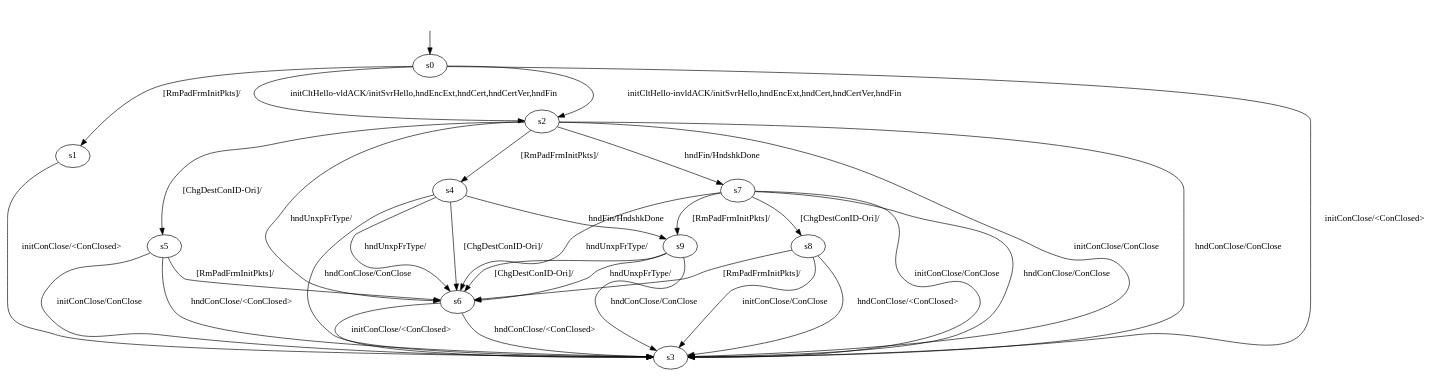
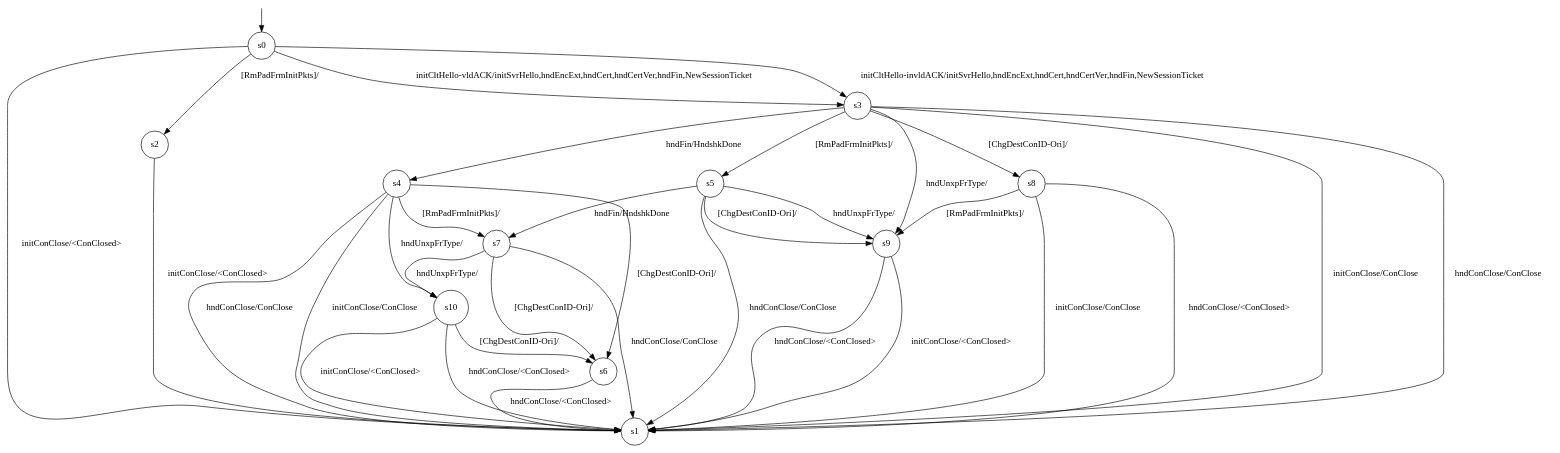
One commit to QUICTester/QUICTester changed the diagram in results/pquicModels/CS-temporal/pquic-B-0/optimisedLearnedModel.dot. Above: the diagram before and after it, drawn with Graphviz. The commit also changed 59 other files, not shown here.

```diff
--- a/results/pquicModels/CS-temporal/pquic-B-0/optimisedLearnedModel.dot
+++ b/results/pquicModels/CS-temporal/pquic-B-0/optimisedLearnedModel.dot
@@ -1,45 +1,50 @@
-digraph "../results/pquicModels/pquic-B-CS-0/learnedModel" {
-s0 [label=s0];
-s1 [label=s1];
-s2 [label=s2];
-s3 [label=s3];
-s4 [label=s4];
-s5 [label=s5];
-s6 [label=s6];
-s7 [label=s7];
-s8 [label=s8];
-s9 [label=s9];
-s0 -> s3  [label="initConClose/<ConClosed> "];
-s0 -> s2  [label="initCltHello-vldACK/initSvrHello,hndEncExt,hndCert,hndCertVer,hndFin "];
-s0 -> s2  [label="initCltHello-invldACK/initSvrHello,hndEncExt,hndCert,hndCertVer,hndFin "];
-s0 -> s1  [label="[RmPadFrmInitPkts]/ "];
-s1 -> s3  [label="initConClose/<ConClosed> "];
-s2 -> s3  [label="initConClose/ConClose "];
-s2 -> s7  [label="hndFin/HndshkDone "];
-s2 -> s3  [label="hndConClose/ConClose "];
-s2 -> s6  [label="hndUnxpFrType/ "];
-s2 -> s5  [label="[ChgDestConID-Ori]/ "];
-s2 -> s4  [label="[RmPadFrmInitPkts]/ "];
-s4 -> s9  [label="hndFin/HndshkDone "];
-s4 -> s3  [label="hndConClose/ConClose "];
-s4 -> s6  [label="hndUnxpFrType/ "];
-s4 -> s6  [label="[ChgDestConID-Ori]/ "];
-s5 -> s3  [label="initConClose/ConClose "];
-s5 -> s3  [label="hndConClose/<ConClosed> "];
-s5 -> s6  [label="[RmPadFrmInitPkts]/ "];
-s6 -> s3  [label="initConClose/<ConClosed> "];
-s6 -> s3  [label="hndConClose/<ConClosed> "];
-s7 -> s3  [label="initConClose/ConClose "];
-s7 -> s3  [label="hndConClose/ConClose "];
-s7 -> s6  [label="hndUnxpFrType/ "];
-s7 -> s8  [label="[ChgDestConID-Ori]/ "];
-s7 -> s9  [label="[RmPadFrmInitPkts]/ "];
-s8 -> s3  [label="initConClose/ConClose "];
-s8 -> s3  [label="hndConClose/<ConClosed> "];
-s8 -> s6  [label="[RmPadFrmInitPkts]/ "];
-s9 -> s3  [label="hndConClose/ConClose "];
-s9 -> s6  [label="hndUnxpFrType/ "];
-s9 -> s6  [label="[ChgDestConID-Ori]/ "];
-__start0 [label="", shape=none];
-__start0 -> s0  [label=""];
+digraph g {
+
+s0 [shape="circle" label="s0"];
+s1 [shape="circle" label="s1"];
+s2 [shape="circle" label="s2"];
+s3 [shape="circle" label="s3"];
+s4 [shape="circle" label="s4"];
+s5 [shape="circle" label="s5"];
+s6 [shape="circle" label="s6"];
+s7 [shape="circle" label="s7"];
+s8 [shape="circle" label="s8"];
+s9 [shape="circle" label="s9"];
+s10 [shape="circle" label="s10"];
+s0 -> s1 [label="initConClose/<ConClosed> "];
+s0 -> s3 [label="initCltHello-vldACK/initSvrHello,hndEncExt,hndCert,hndCertVer,hndFin,NewSessionTicket "];
+s0 -> s3 [label="initCltHello-invldACK/initSvrHello,hndEncExt,hndCert,hndCertVer,hndFin,NewSessionTicket "];
+s0 -> s2 [label="[RmPadFrmInitPkts]/ "];
+s2 -> s1 [label="initConClose/<ConClosed> "];
+s3 -> s1 [label="initConClose/ConClose "];
+s3 -> s4 [label="hndFin/HndshkDone "];
+s3 -> s1 [label="hndConClose/ConClose "];
+s3 -> s9 [label="hndUnxpFrType/ "];
+s3 -> s8 [label="[ChgDestConID-Ori]/ "];
+s3 -> s5 [label="[RmPadFrmInitPkts]/ "];
+s4 -> s1 [label="initConClose/ConClose "];
+s4 -> s1 [label="hndConClose/ConClose "];
+s4 -> s10 [label="hndUnxpFrType/ "];
+s4 -> s6 [label="[ChgDestConID-Ori]/ "];
+s4 -> s7 [label="[RmPadFrmInitPkts]/ "];
+s5 -> s7 [label="hndFin/HndshkDone "];
+s5 -> s1 [label="hndConClose/ConClose "];
+s5 -> s9 [label="hndUnxpFrType/ "];
+s5 -> s9 [label="[ChgDestConID-Ori]/ "];
+s6 -> s1 [label="hndConClose/<ConClosed> "];
+s7 -> s1 [label="hndConClose/ConClose "];
+s7 -> s10 [label="hndUnxpFrType/ "];
+s7 -> s6 [label="[ChgDestConID-Ori]/ "];
+s8 -> s1 [label="initConClose/ConClose "];
+s8 -> s1 [label="hndConClose/<ConClosed> "];
+s8 -> s9 [label="[RmPadFrmInitPkts]/ "];
+s9 -> s1 [label="initConClose/<ConClosed> "];
+s9 -> s1 [label="hndConClose/<ConClosed> "];
+s10 -> s1 [label="initConClose/<ConClosed> "];
+s10 -> s1 [label="hndConClose/<ConClosed> "];
+s10 -> s6 [label="[ChgDestConID-Ori]/ "];
+
+__start0 [label="" shape="none" width="0" height="0"];
+__start0 -> s0;
+
 }
```
